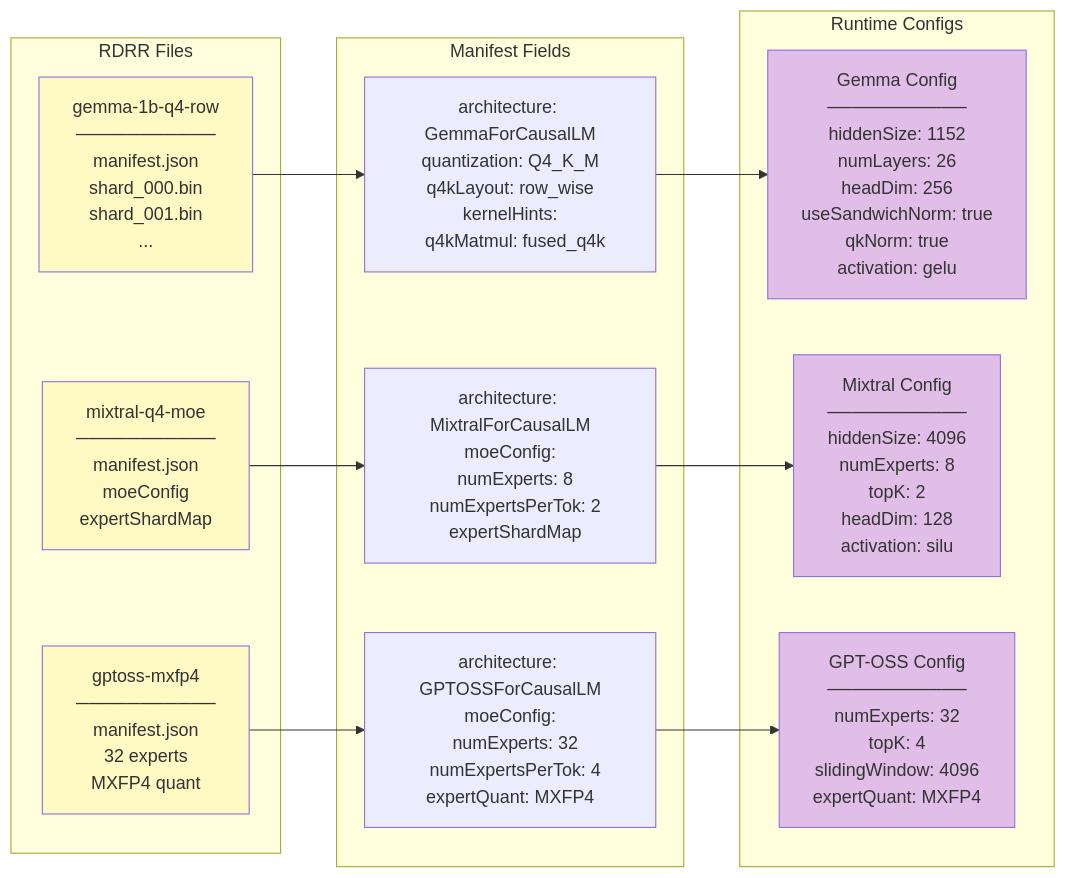
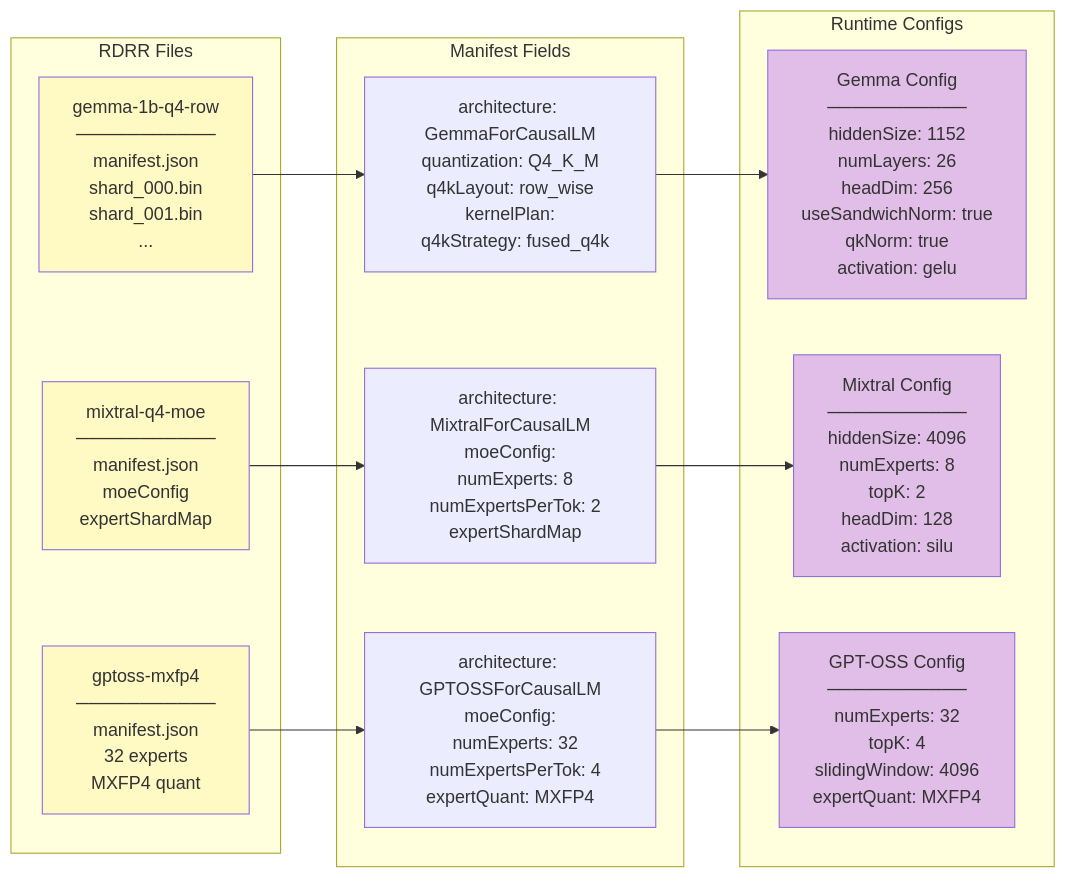
One commit to clocksmith/doppler changed the third of 11 diagrams in docs/SYSTEM_FLOW.md. Above: the diagram before and after it, drawn with Mermaid. The commit also changed other lines of this file and 98 other files, not shown here.

````diff
--- a/docs/SYSTEM_FLOW.md
+++ b/docs/SYSTEM_FLOW.md
@@ -94,31 +94,31 @@
 ```mermaid
 graph LR
     subgraph RDRRFiles["RDRR Files"]
         R1["gemma-1b-q4-row<br/>───────────<br/>manifest.json<br/>shard_000.bin<br/>shard_001.bin<br/>..."]
         R5["mixtral-q4-moe<br/>───────────<br/>manifest.json<br/>moeConfig<br/>expertShardMap"]
         R7["gptoss-mxfp4<br/>───────────<br/>manifest.json<br/>32 experts<br/>MXFP4 quant"]
     end
 
     subgraph ManifestFields["Manifest Fields"]
-        F1["architecture: GemmaForCausalLM<br/>quantization: Q4_K_M<br/>q4kLayout: row_wise<br/>kernelHints:<br/>&nbsp;&nbsp;q4kMatmul: fused_q4k"]
+        F1["architecture: GemmaForCausalLM<br/>quantization: Q4_K_M<br/>q4kLayout: row_wise<br/>kernelPlan:<br/>&nbsp;&nbsp;q4kStrategy: fused_q4k"]
         F2["architecture: MixtralForCausalLM<br/>moeConfig:<br/>&nbsp;&nbsp;numExperts: 8<br/>&nbsp;&nbsp;numExpertsPerTok: 2<br/>&nbsp;&nbsp;expertShardMap"]
         F3["architecture: GPTOSSForCausalLM<br/>moeConfig:<br/>&nbsp;&nbsp;numExperts: 32<br/>&nbsp;&nbsp;numExpertsPerTok: 4<br/>expertQuant: MXFP4"]
     end
 
     subgraph Configs["Runtime Configs"]
         C1["Gemma Config<br/>───────────<br/>hiddenSize: 1152<br/>numLayers: 26<br/>headDim: 256<br/>useSandwichNorm: true<br/>qkNorm: true<br/>activation: gelu"]
         C2["Mixtral Config<br/>───────────<br/>hiddenSize: 4096<br/>numExperts: 8<br/>topK: 2<br/>headDim: 128<br/>activation: silu"]
         C3["GPT-OSS Config<br/>───────────<br/>numExperts: 32<br/>topK: 4<br/>slidingWindow: 4096<br/>expertQuant: MXFP4"]
     end
 
     R1 --> F1 --> C1
     R5 --> F2 --> C2
     R7 --> F3 --> C3
 
     style R1 fill:#fff9c4
     style R5 fill:#fff9c4
     style R7 fill:#fff9c4
     style C1 fill:#e1bee7
     style C2 fill:#e1bee7
     style C3 fill:#e1bee7
 ```
````
